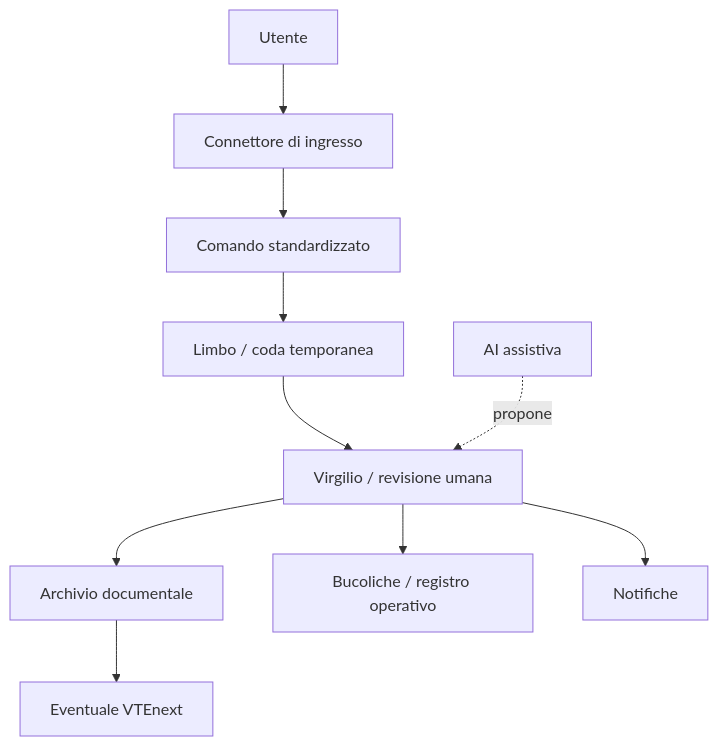
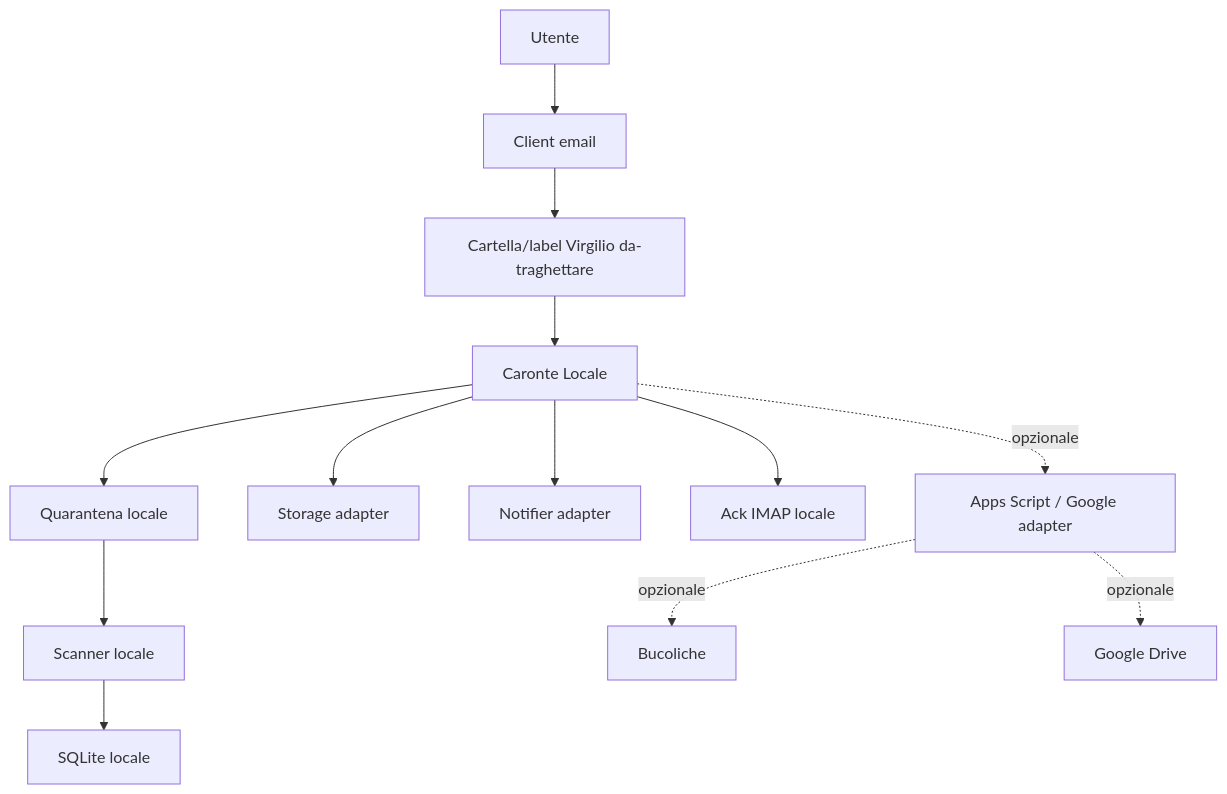
Before and after one commit to MaTorre72/Virgilio: the diagram in docs/01_ARCHITETTURA_E_ROADMAP.md, drawn with Mermaid. The commit also changed other lines of this file and 6 other files, not shown here.

Commit message:
docs: aggiorna roadmap Caronte locale

````diff
--- a/docs/01_ARCHITETTURA_E_ROADMAP.md
+++ b/docs/01_ARCHITETTURA_E_ROADMAP.md
@@ -73,12 +82,15 @@
 ```mermaid
 flowchart TD
-  U["Utente"] --> C["Connettore di ingresso"]
-  C --> CMD["Comando standardizzato"]
-  CMD --> L["Limbo / coda temporanea"]
-  L --> V["Virgilio / revisione umana"]
-  V --> A["Archivio documentale"]
-  V --> B["Bucoliche / registro operativo"]
-  V --> N["Notifiche"]
-  A --> CRM["Eventuale VTEnext"]
-  AI["AI assistiva"] -. propone .-> V
+  U["Utente"] --> M["Client email"]
+  M --> I["Cartella/label Virgilio da-traghettare"]
+  I --> C["Caronte Locale"]
+  C --> Q["Quarantena locale"]
+  Q --> S["Scanner locale"]
+  S --> DB["SQLite locale"]
+  C --> ST["Storage adapter"]
+  C --> N["Notifier adapter"]
+  C --> ACK["Ack IMAP locale"]
+  C -. opzionale .-> AS["Apps Script / Google adapter"]
+  AS -. opzionale .-> B["Bucoliche"]
+  AS -. opzionale .-> D["Google Drive"]
 ```
````
